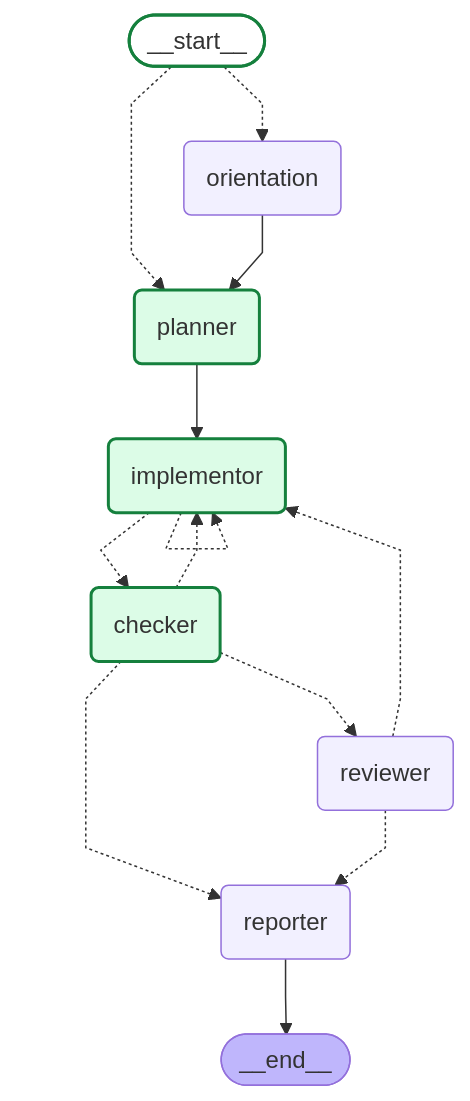
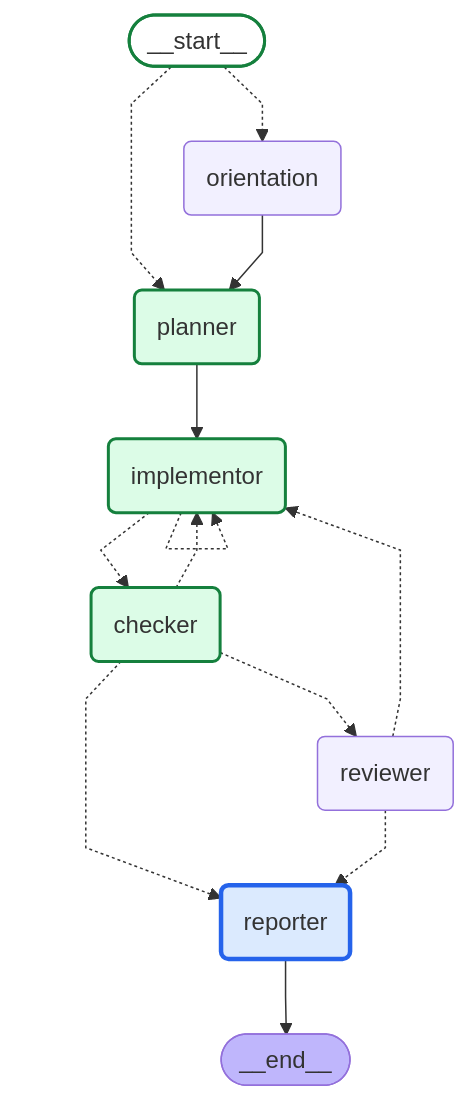
Before and after one commit to daniell0gda/hermes-feature-check-dashboard: the diagram in runs/20260809-155005-827f90/graph.mmd, drawn with Mermaid. The commit also changed 5 other files, not shown here.

```diff
--- a/runs/20260809-155005-827f90/graph.mmd
+++ b/runs/20260809-155005-827f90/graph.mmd
@@ -1,37 +1,38 @@
 ---
 config:
   flowchart:
     curve: linear
 ---
 graph TD;
 	__start__([<p>__start__</p>]):::first
 	orientation(orientation)
 	planner(planner)
 	implementor(implementor)
 	checker(checker)
 	reviewer(reviewer)
 	reporter(reporter)
 	__end__([<p>__end__</p>]):::last
 	__start__ -.-> orientation;
 	__start__ -.-> planner;
 	checker -.-> implementor;
 	checker -.-> reporter;
 	checker -.-> reviewer;
 	implementor -.-> checker;
 	orientation --> planner;
 	planner --> implementor;
 	reviewer -.-> implementor;
 	reviewer -.-> reporter;
 	reporter --> __end__;
 	implementor -.-> implementor;
 	classDef default fill:#f2f0ff,line-height:1.2
 	classDef first fill-opacity:0
 	classDef last fill:#bfb6fc
 
 classDef done fill:#dcfce7,stroke:#15803d,stroke-width:2px;
 classDef active fill:#dbeafe,stroke:#2563eb,stroke-width:3px;
 classDef failed fill:#fee2e2,stroke:#b42318,stroke-width:2px;
+class reporter active;
 class implementor done;
 class checker done;
 class planner done;
 class __start__ done;
```
